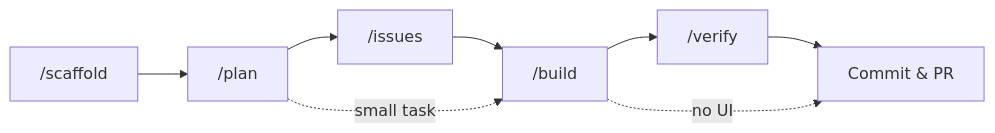
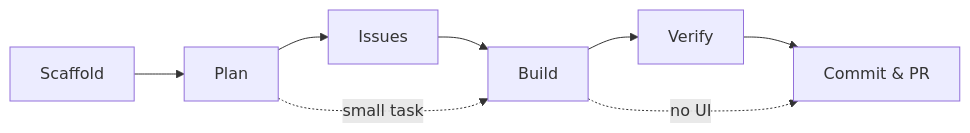
One commit to jamesfdavis/dotfiles changed the diagram in README.md. Above: the diagram before and after it, drawn with Mermaid. The commit also changed other lines of this file and 6 other files, not shown here.

````diff
--- a/README.md
+++ b/README.md
@@ -88,11 +88,11 @@
 ```mermaid
 graph LR
-    S["/scaffold"] --> P["/plan"]
-    P --> I["/issues"]
-    I --> B["/build"]
-    B --> V["/verify"]
+    S["Scaffold"] --> P["Plan"]
+    P --> I["Issues"]
+    I --> B["Build"]
+    B --> V["Verify"]
     V --> C["Commit & PR"]
 
     P -.->|small task| B
     B -.->|no UI| C
 ```
````
